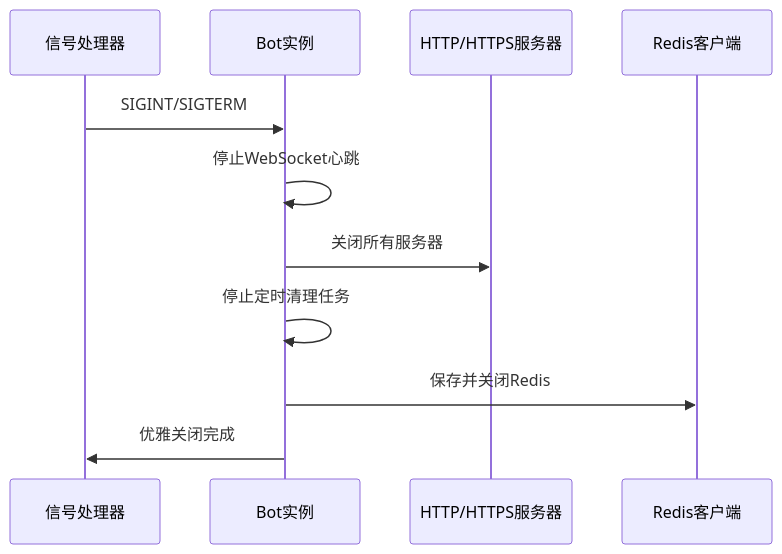
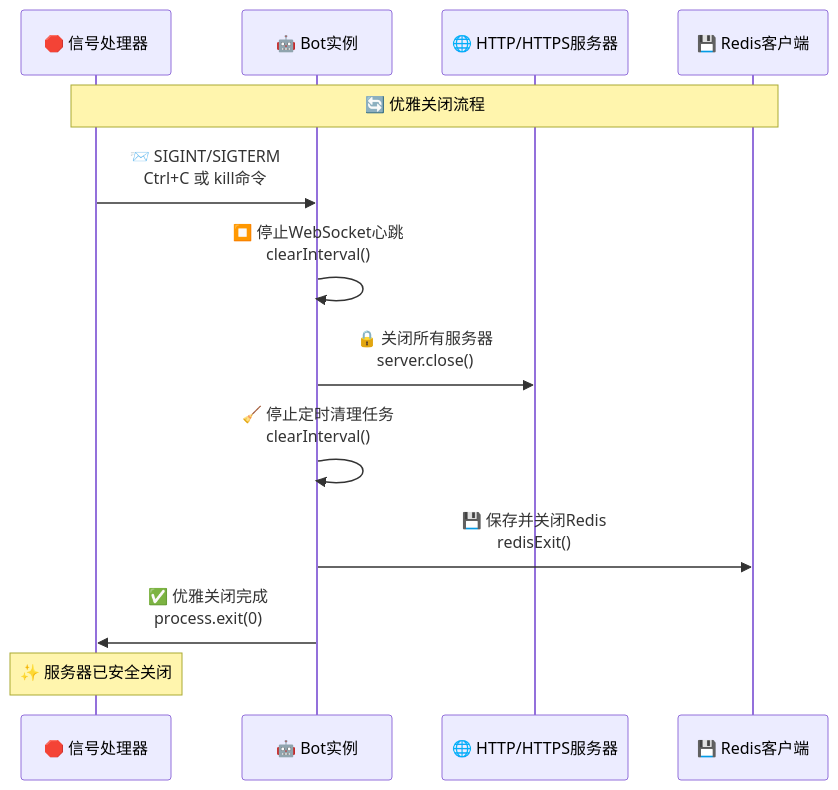
Before and after one commit to sunflowermm/XRK-AGT: the third of 12 diagrams in docs/bot.md, drawn with Mermaid. The commit also changed other lines of this file and 9 other files, not shown here.

````diff
--- a/docs/bot.md
+++ b/docs/bot.md
@@ -135,14 +150,18 @@
 ```mermaid
 sequenceDiagram
-    participant Signal as 信号处理器
-    participant Bot as Bot实例
-    participant Server as HTTP/HTTPS服务器
-    participant Redis as Redis客户端
+    participant Signal as 🛑 信号处理器
+    participant Bot as 🤖 Bot实例
+    participant Server as 🌐 HTTP/HTTPS服务器
+    participant Redis as 💾 Redis客户端
     
-    Signal->>Bot: SIGINT/SIGTERM
-    Bot->>Bot: 停止WebSocket心跳
-    Bot->>Server: 关闭所有服务器
-    Bot->>Bot: 停止定时清理任务
-    Bot->>Redis: 保存并关闭Redis
-    Bot->>Signal: 优雅关闭完成
+    Note over Signal,Redis: 🔄 优雅关闭流程
+    
+    Signal->>Bot: 📨 SIGINT/SIGTERM<br/>Ctrl+C 或 kill命令
+    Bot->>Bot: ⏹️ 停止WebSocket心跳<br/>clearInterval()
+    Bot->>Server: 🔒 关闭所有服务器<br/>server.close()
+    Bot->>Bot: 🧹 停止定时清理任务<br/>clearInterval()
+    Bot->>Redis: 💾 保存并关闭Redis<br/>redisExit()
+    Bot->>Signal: ✅ 优雅关闭完成<br/>process.exit(0)
+    
+    Note over Signal: ✨ 服务器已安全关闭
 ```
````
